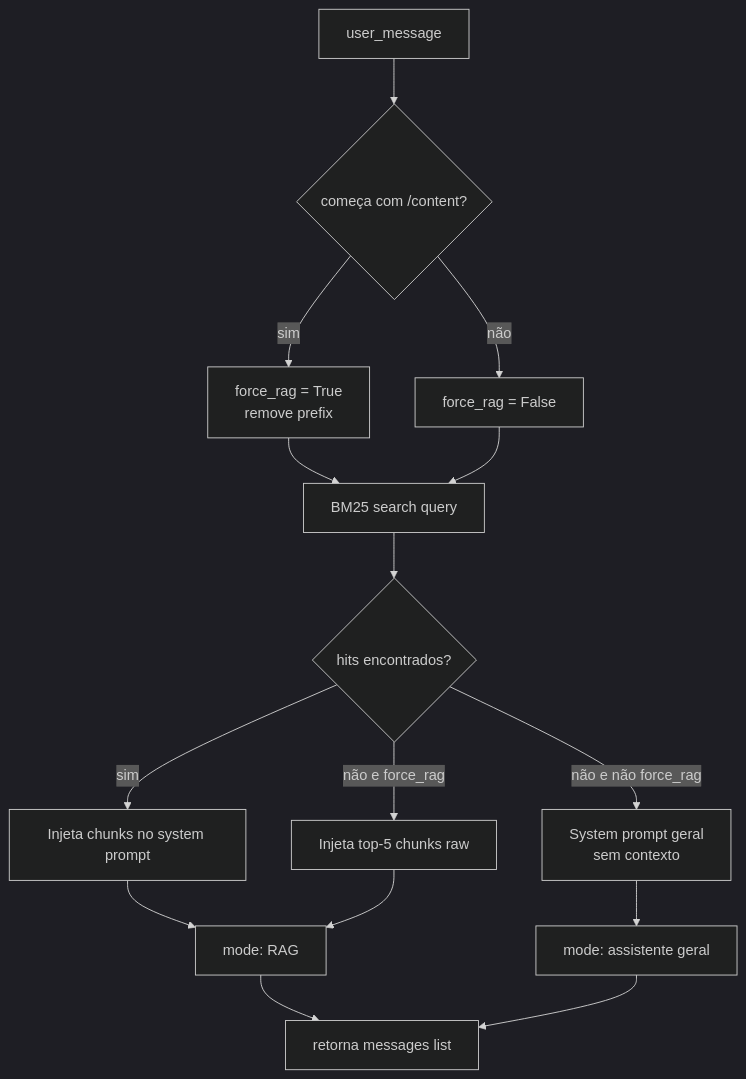
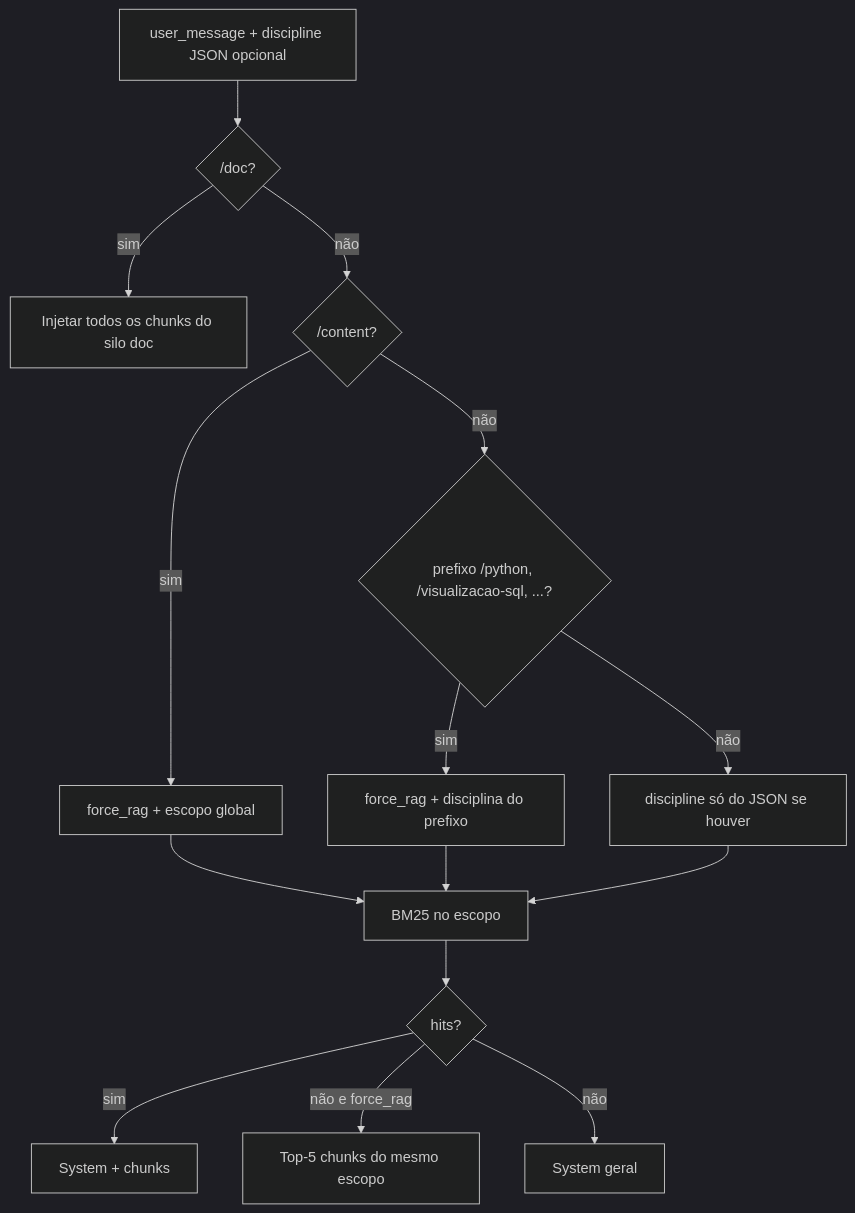
One commit to GaabDevWeb/KernelBot changed the second of 2 diagrams in documentation.md. Above: the diagram before and after it, drawn with Mermaid (dark theme). The commit also changed other lines of this file and 100 other files, not shown here.

````diff
--- a/documentation.md
+++ b/documentation.md
@@ -142,17 +315,17 @@
 ```mermaid
 flowchart TD
-    A[user_message] --> B{começa com /content?}
-    B -->|sim| C[force_rag = True\nremove prefix]
-    B -->|não| D[force_rag = False]
-    C --> E[BM25 search query]
-    D --> E
-    E --> F{hits encontrados?}
-    F -->|sim| G[Injeta chunks no system prompt]
-    F -->|não e force_rag| H[Injeta top-5 chunks raw]
-    F -->|não e não force_rag| I[System prompt geral\nsem contexto]
-    G --> J[mode: RAG]
-    H --> J
-    I --> K[mode: assistente geral]
-    J --> L[retorna messages list]
-    K --> L
+    A[user_message + discipline JSON opcional] --> D{/doc?}
+    D -->|sim| DOC[Injetar todos os chunks do silo doc]
+    D -->|não| B{/content?}
+    B -->|sim| C[force_rag + escopo global]
+    B -->|não| P{prefixo /python, /visualizacao-sql, ...?}
+    P -->|sim| Q[force_rag + disciplina do prefixo]
+    P -->|não| R[discipline só do JSON se houver]
+    C --> E[BM25 no escopo]
+    Q --> E
+    R --> E
+    E --> G{hits?}
+    G -->|sim| H[System + chunks]
+    G -->|não e force_rag| I[Top-5 chunks do mesmo escopo]
+    G -->|não| J[System geral]
 ```
````
